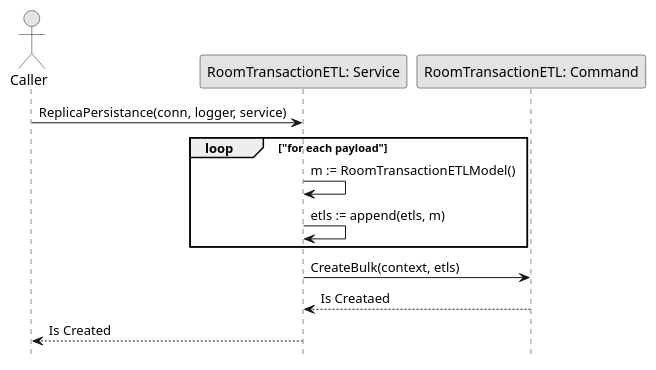
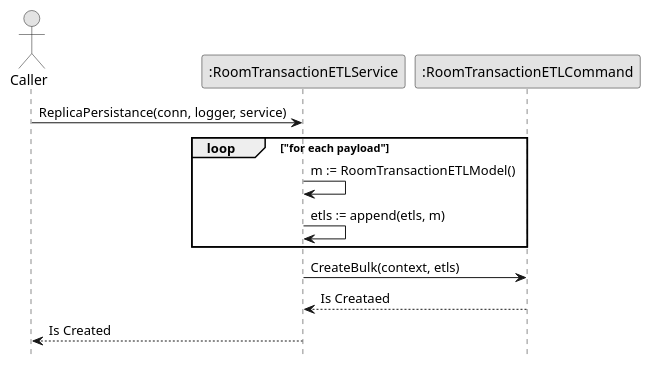
One commit to fwidjaya20/fazzlearning-uml changed the diagram in Sequence/Release02/CreateRoomTransctionETL.wsd. Above: the diagram before and after it, drawn with PlantUML. The commit also changed 108 other files, not shown here.

Commit message:
fix(diagram): change participant format name (#30)

```diff
--- a/Sequence/Release02/CreateRoomTransctionETL.wsd
+++ b/Sequence/Release02/CreateRoomTransctionETL.wsd
@@ -1,23 +1,23 @@
 @startuml CreateRoomTransactionETL
 
 skinparam ConditionStyle hline
 skinparam Monochrome true
 skinparam Shadowing false
 hide footbox
 
 actor Caller
-participant "RoomTransactionETL: Service" as RoomTransactionETLService
-participant "RoomTransactionETL: Command" as RoomTransactionETLCommand
+participant ":RoomTransactionETLService" as RoomTransactionETLService
+participant ":RoomTransactionETLCommand" as RoomTransactionETLCommand
 
 Caller->RoomTransactionETLService: ReplicaPersistance(conn, logger, service)
 
 loop "for each payload"
     RoomTransactionETLService->RoomTransactionETLService: m := RoomTransactionETLModel()
     RoomTransactionETLService->RoomTransactionETLService: etls := append(etls, m)
 end
 
 RoomTransactionETLService->RoomTransactionETLCommand: CreateBulk(context, etls)
 RoomTransactionETLCommand-->RoomTransactionETLService: Is Creataed
 RoomTransactionETLService-->Caller: Is Created
 
 @enduml
```
